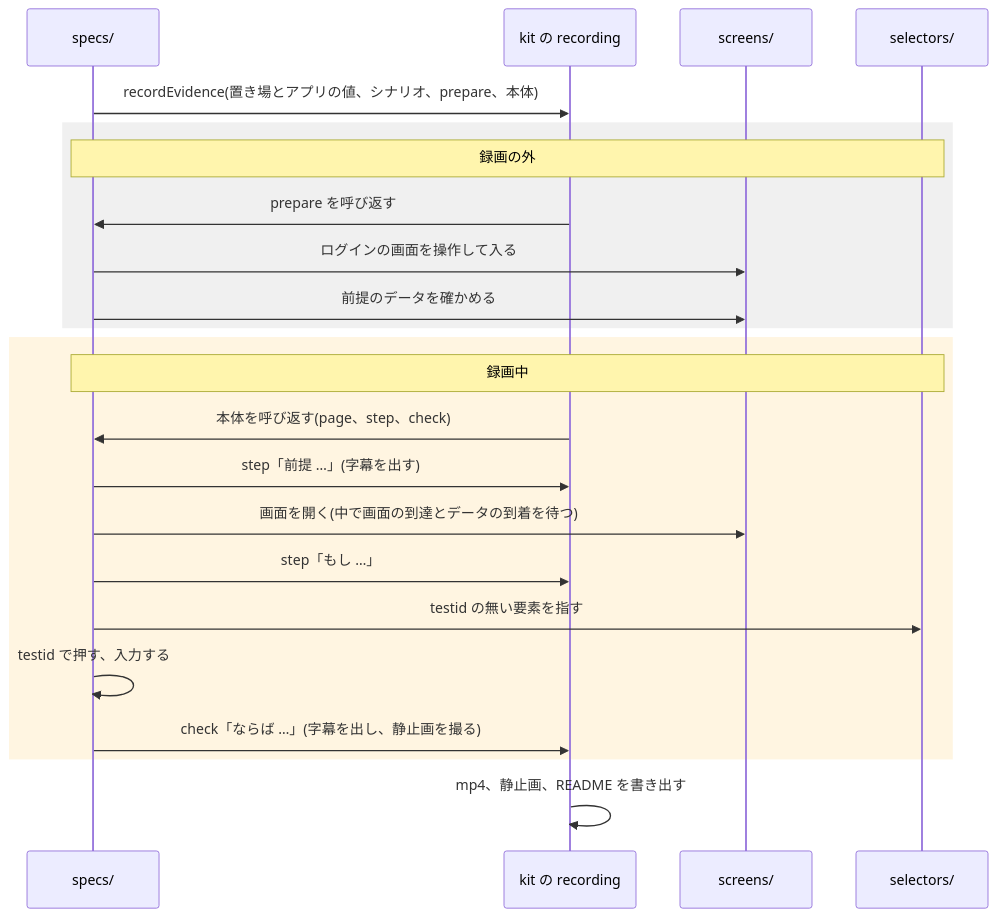
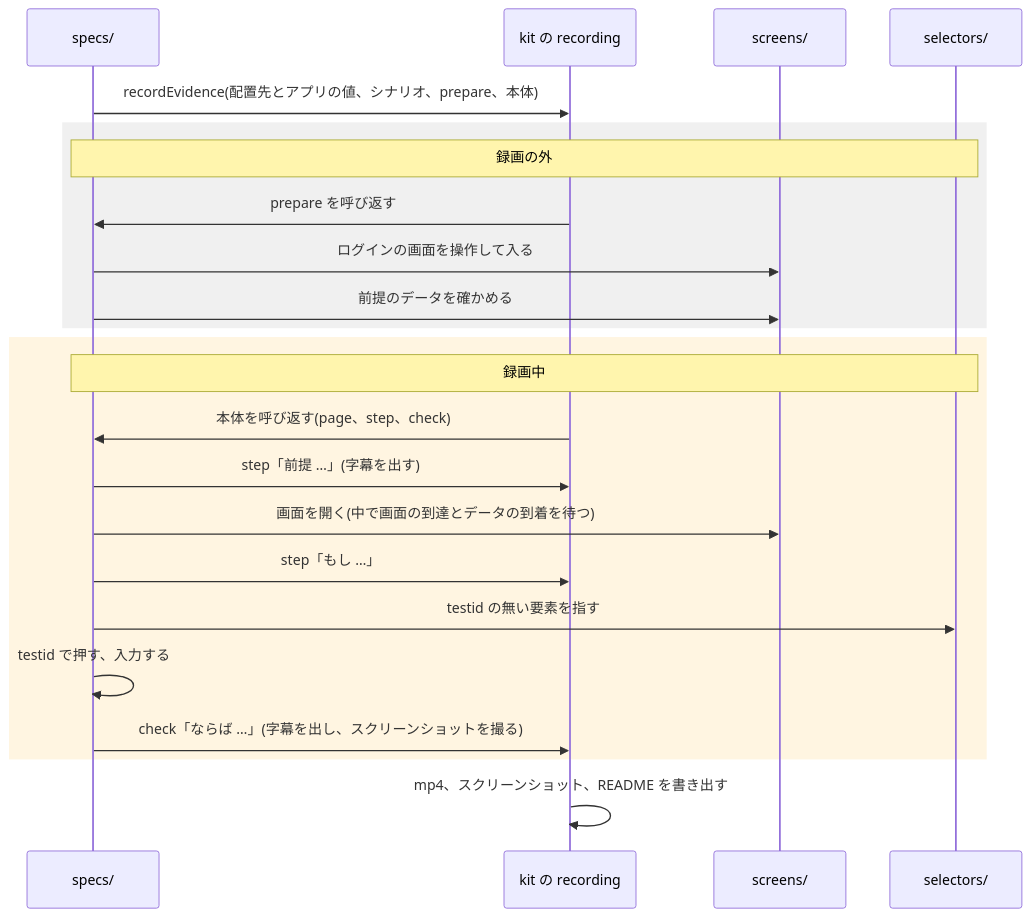
One commit to Fukuemon/buddy changed the third of 4 diagrams in packages/e2e/DesignDoc.md. Above: the diagram before and after it, drawn with Mermaid. The commit also changed other lines of this file and 12 other files, not shown here.

````diff
--- a/packages/e2e/DesignDoc.md
+++ b/packages/e2e/DesignDoc.md
@@ -139,26 +139,26 @@
 ```mermaid
 sequenceDiagram
   participant spec as specs/
   participant rec as kit の recording
   participant scr as screens/
   participant sel as selectors/
 
-  spec->>rec: recordEvidence(置き場とアプリの値、シナリオ、prepare、本体)
+  spec->>rec: recordEvidence(配置先とアプリの値、シナリオ、prepare、本体)
   rect rgb(240, 240, 240)
     Note over spec,sel: 録画の外
     rec->>spec: prepare を呼び返す
     spec->>scr: ログインの画面を操作して入る
     spec->>scr: 前提のデータを確かめる
   end
   rect rgb(255, 245, 225)
     Note over spec,sel: 録画中
     rec->>spec: 本体を呼び返す(page、step、check)
     spec->>rec: step「前提 …」(字幕を出す)
     spec->>scr: 画面を開く(中で画面の到達とデータの到着を待つ)
     spec->>rec: step「もし …」
     spec->>sel: testid の無い要素を指す
     spec->>spec: testid で押す、入力する
-    spec->>rec: check「ならば …」(字幕を出し、静止画を撮る)
+    spec->>rec: check「ならば …」(字幕を出し、スクリーンショットを撮る)
   end
-  rec->>rec: mp4、静止画、README を書き出す
+  rec->>rec: mp4、スクリーンショット、README を書き出す
 ```
````
